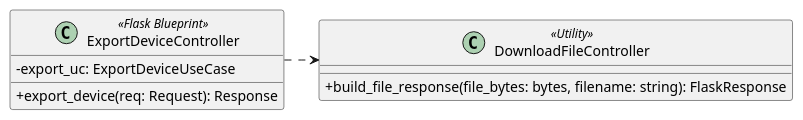
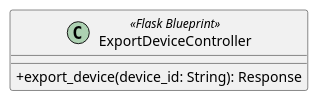
The diagram in src/PB/DocumentazioneEsterna/Specifica_Tecnica/content/uml/puml/Diagrammi_classi/Backend/InboundAdapters/ExportDeviceController.puml (GroupRubberDuck/Documentazione), drawn with PlantUML before and after one commit. The commit also changed 34 other files, not shown here.

```diff
--- a/src/PB/DocumentazioneEsterna/Specifica_Tecnica/content/uml/puml/Diagrammi_classi/Backend/InboundAdapters/ExportDeviceController.puml
+++ b/src/PB/DocumentazioneEsterna/Specifica_Tecnica/content/uml/puml/Diagrammi_classi/Backend/InboundAdapters/ExportDeviceController.puml
@@ -1,12 +1,8 @@
-@startuml DownloadFileController
+@startuml ExportDeviceController
 skinparam classAttributeIconSize 0
+
 class ExportDeviceController <<Flask Blueprint>> {
-    - export_uc: ExportDeviceUseCase
-    + export_device(req: Request): Response
+    + export_device(device_id: String): Response
 }
-class DownloadFileController <<Utility>> {
-    + build_file_response(file_bytes: bytes, filename: string): FlaskResponse
-}
-ExportDeviceController .r.> DownloadFileController
 
 @enduml
```
